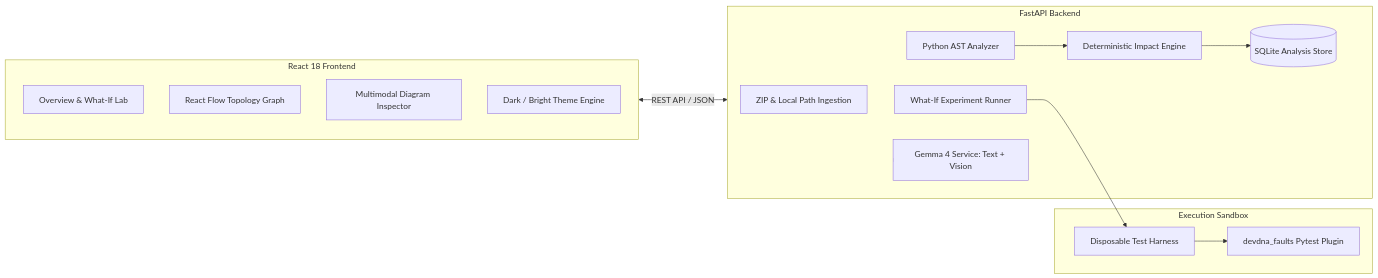
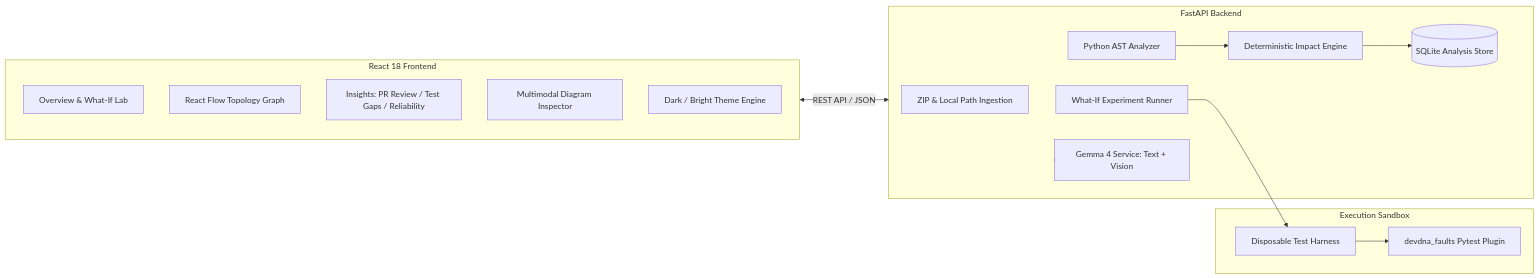
Before and after one commit to soham1105-tech/DEVDNA-: the diagram in README.md, drawn with Mermaid. The commit also changed other lines of this file, not shown here.

````diff
--- a/README.md
+++ b/README.md
@@ -135,28 +160,29 @@
 ```mermaid
 flowchart LR
     subgraph Frontend["React 18 Frontend"]
         UI[Overview & What-If Lab]
         GraphView[React Flow Topology Graph]
+        Insights[Insights: PR Review / Test Gaps / Reliability]
         MultiModal[Multimodal Diagram Inspector]
         Theme[Dark / Bright Theme Engine]
     end
 
     subgraph Backend["FastAPI Backend"]
         Ingest[ZIP & Local Path Ingestion]
         AST[Python AST Analyzer]
         Engine[Deterministic Impact Engine]
         Runner[What-If Experiment Runner]
         Gemma[Gemma 4 Service: Text + Vision]
         Store[(SQLite Analysis Store)]
     end
 
     subgraph Isolation["Execution Sandbox"]
         Harness[Disposable Test Harness]
         Faults[devdna_faults Pytest Plugin]
     end
 
     Frontend <-->|REST API / JSON| Backend
     Backend --> AST --> Engine --> Store
     Backend --> Gemma
     Backend --> Runner --> Harness --> Faults
 ```
````
